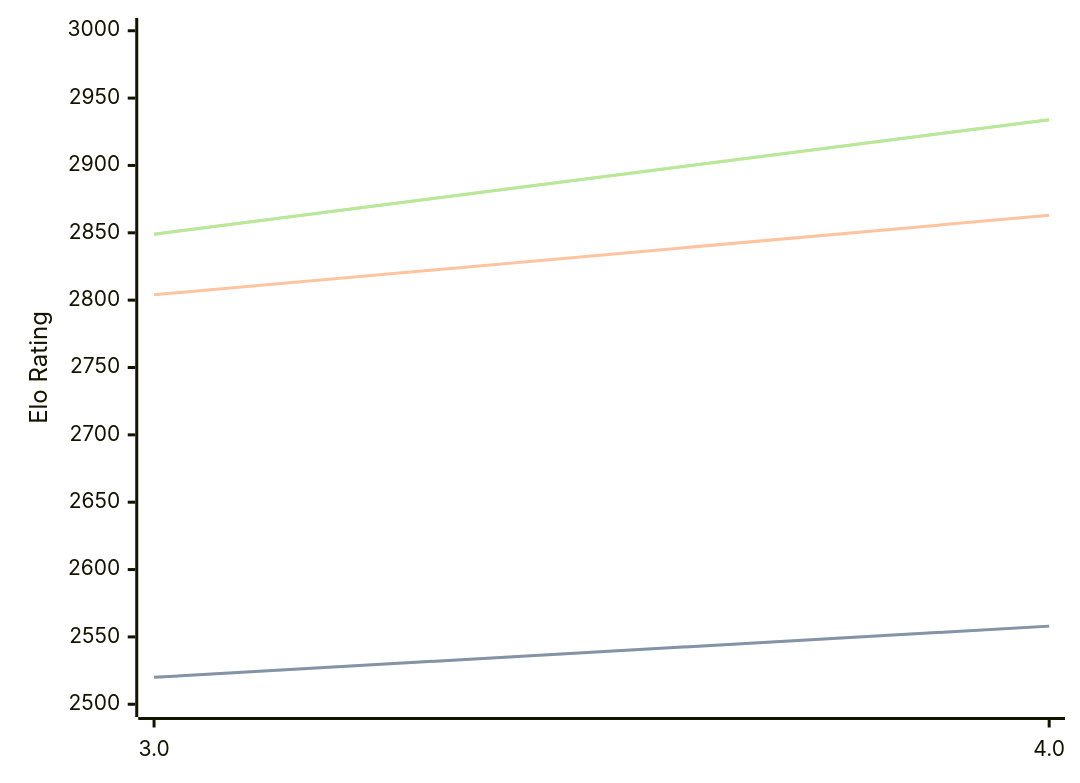
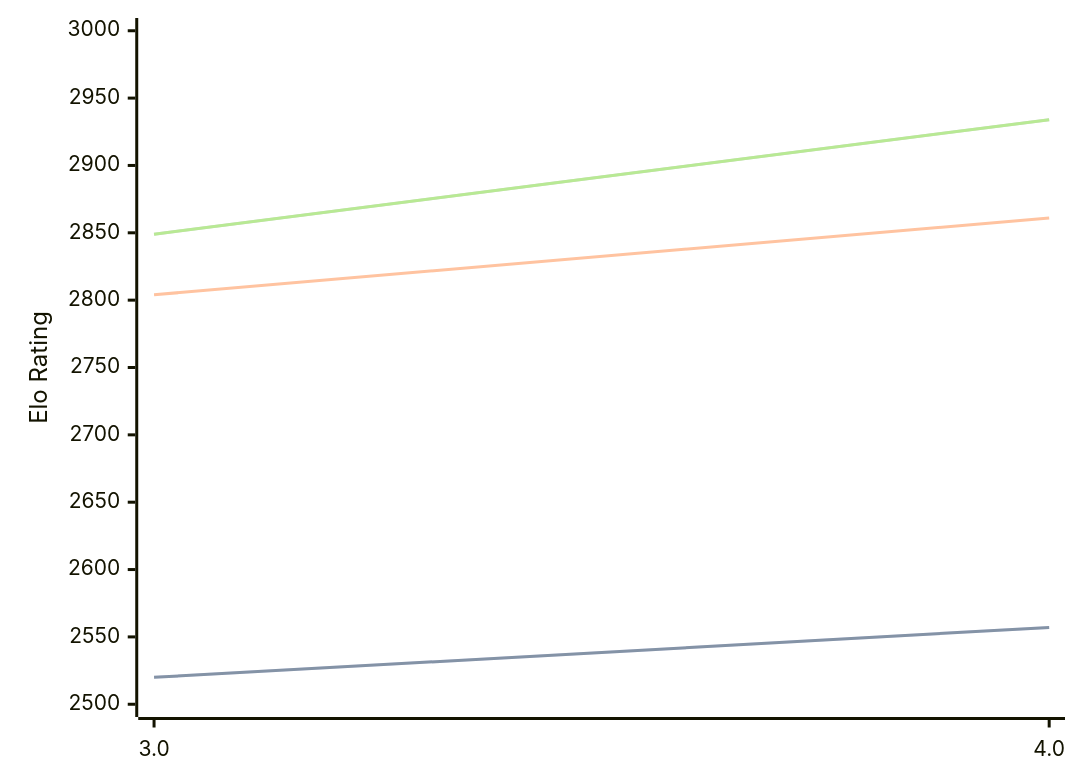
The diagram in engines/Chess3.md (computer-chess-index/cci), drawn with Mermaid before and after one commit. The commit also changed other lines of this file, not shown here.

````diff
--- a/engines/Chess3.md
+++ b/engines/Chess3.md
@@ -34,11 +34,11 @@
 ```mermaid
 %%{init: {"theme":"base","themeVariables":{"seriesColors:['#a3a3a3','#222221','#faa371']}}}%%
 xychart-beta
   x-axis ["3.0", "4.0"]
   y-axis "Elo Rating" 2500 --> 3000
-  line "STC (8.0+0.08s)" [2520, 2558]
-  line "STC (8.0+0.08s)" [2520, 2558]
-  line "LTC (60.0+0.60s)" [2804, 2863]
+  line "STC (8.0+0.08s)" [2520, 2557]
+  line "STC (8.0+0.08s)" [2520, 2557]
+  line "LTC (60.0+0.60s)" [2804, 2861]
   line "VLTC (2m24s+1.12s)" [2849, 2934]
   line "VLTC (2m24s+1.12s)" [2849, 2934]
 ```
````
